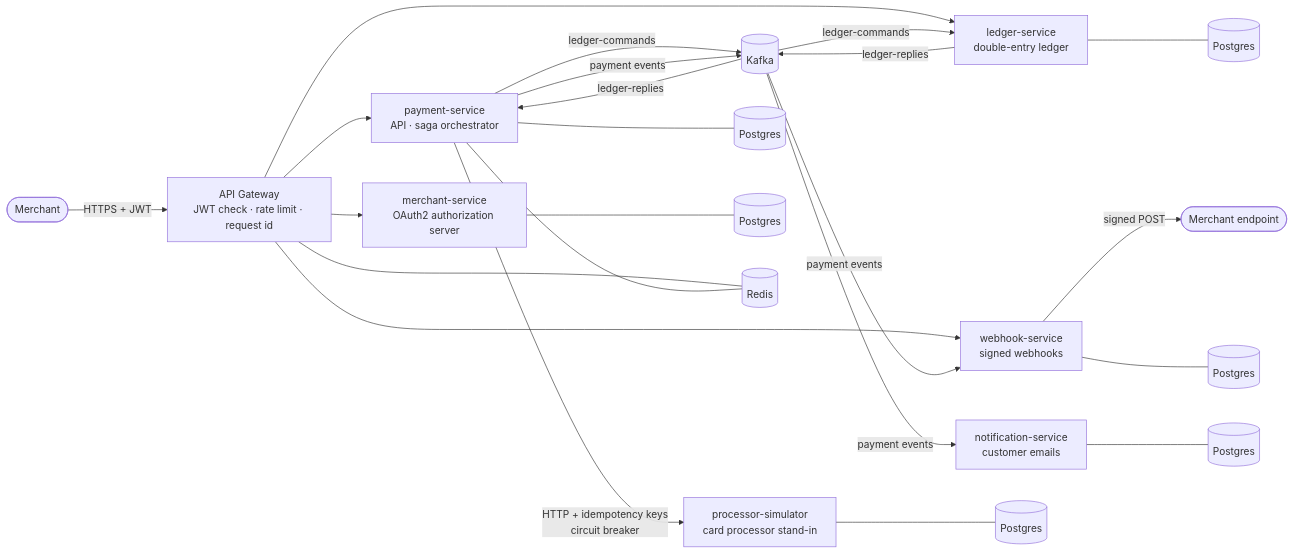
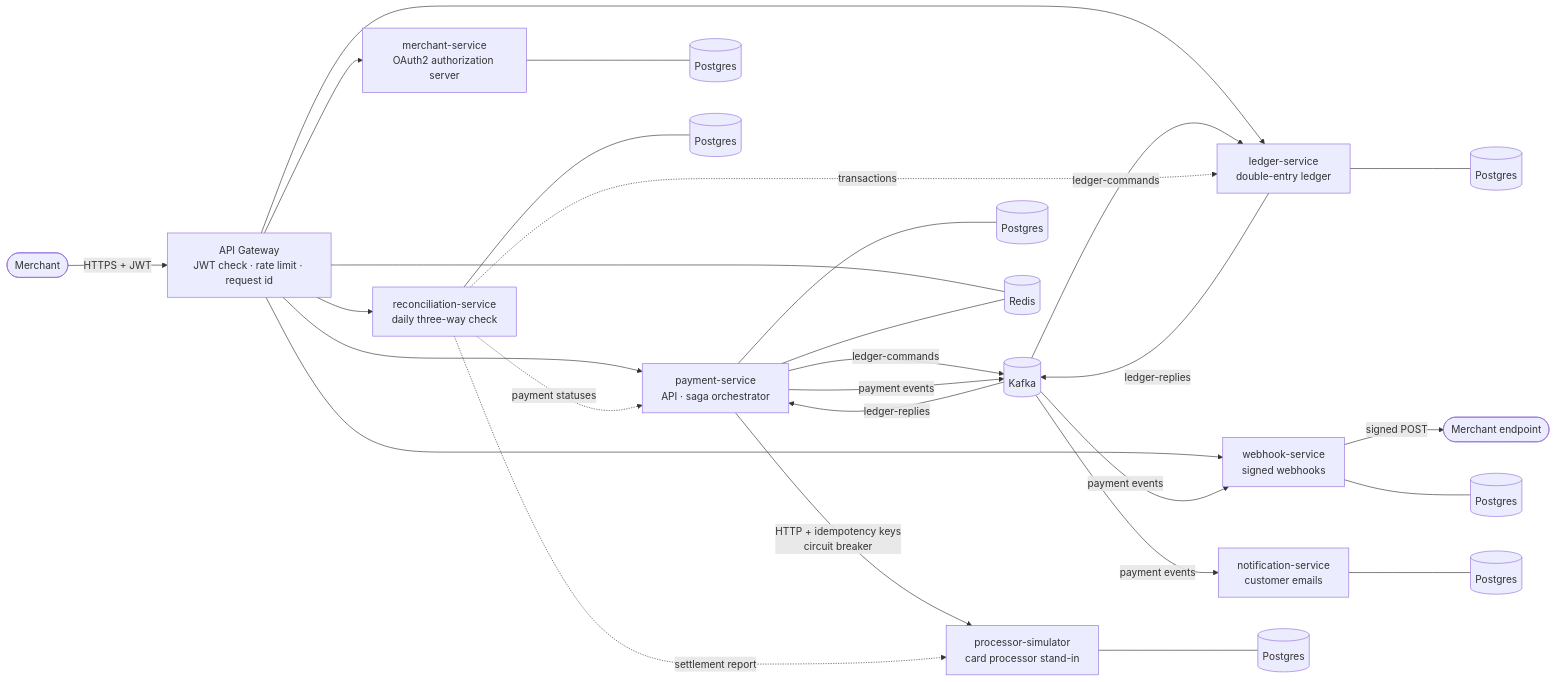
The diagram in docs/ARCHITECTURE.md (ShyleshVR/Payments-Engine), drawn with Mermaid before and after one commit. The commit also changed other lines of this file and 98 other files, not shown here.

First line of the commit message:
Alerting, Alertmanager and Daily Reconciliation

````diff
--- a/docs/ARCHITECTURE.md
+++ b/docs/ARCHITECTURE.md
@@ -18,25 +19,30 @@
 ```mermaid
 flowchart LR
     M([Merchant]) -->|HTTPS + JWT| GW[API Gateway<br/>JWT check · rate limit · request id]
     GW --> MS[merchant-service<br/>OAuth2 authorization server]
     GW --> PS[payment-service<br/>API · saga orchestrator]
     GW --> LS[ledger-service<br/>double-entry ledger]
     GW --> WS[webhook-service<br/>signed webhooks]
     PS -->|HTTP + idempotency keys<br/>circuit breaker| PR[processor-simulator<br/>card processor stand-in]
     PS -- ledger-commands --> K[(Kafka)]
     K -- ledger-commands --> LS
     LS -- ledger-replies --> K
     K -- ledger-replies --> PS
     PS -- payment events --> K
     K -- payment events --> WS
     K -- payment events --> NS[notification-service<br/>customer emails]
     WS -->|signed POST| ME([Merchant endpoint])
+    GW --> RS[reconciliation-service<br/>daily three-way check]
+    RS -.->|settlement report| PR
+    RS -.->|transactions| LS
+    RS -.->|payment statuses| PS
     PS --- PG1[(Postgres)]
     LS --- PG2[(Postgres)]
     MS --- PG3[(Postgres)]
     WS --- PG4[(Postgres)]
     NS --- PG5[(Postgres)]
     PR --- PG6[(Postgres)]
+    RS --- PG7[(Postgres)]
     GW --- R[(Redis)]
     PS --- R
 ```
````
